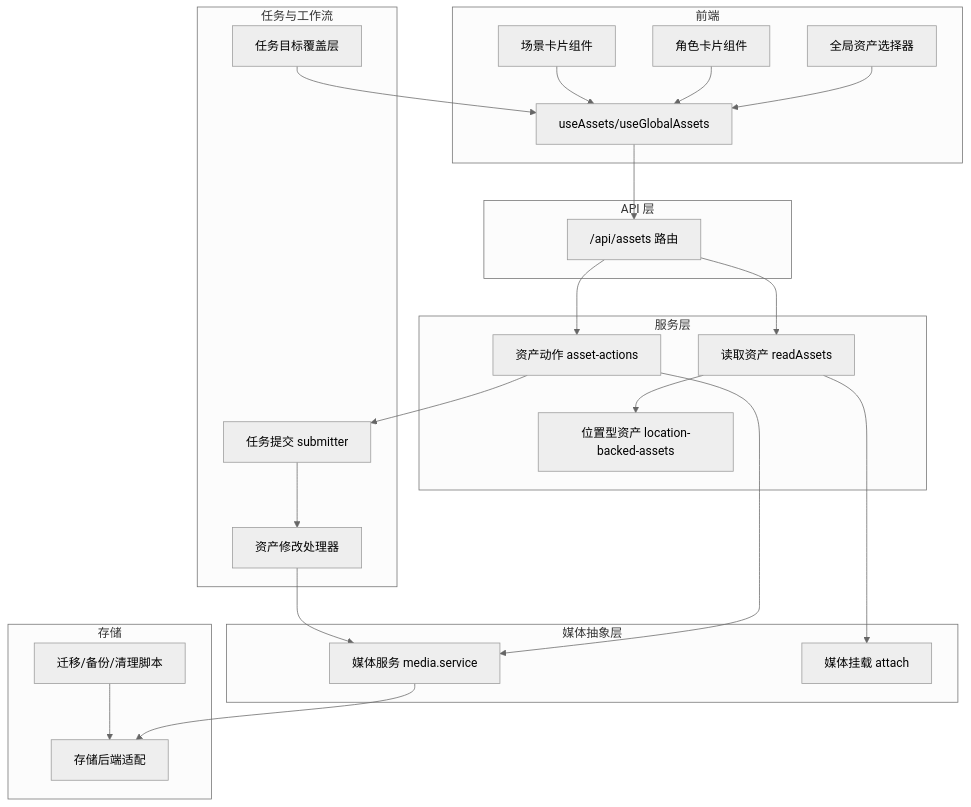
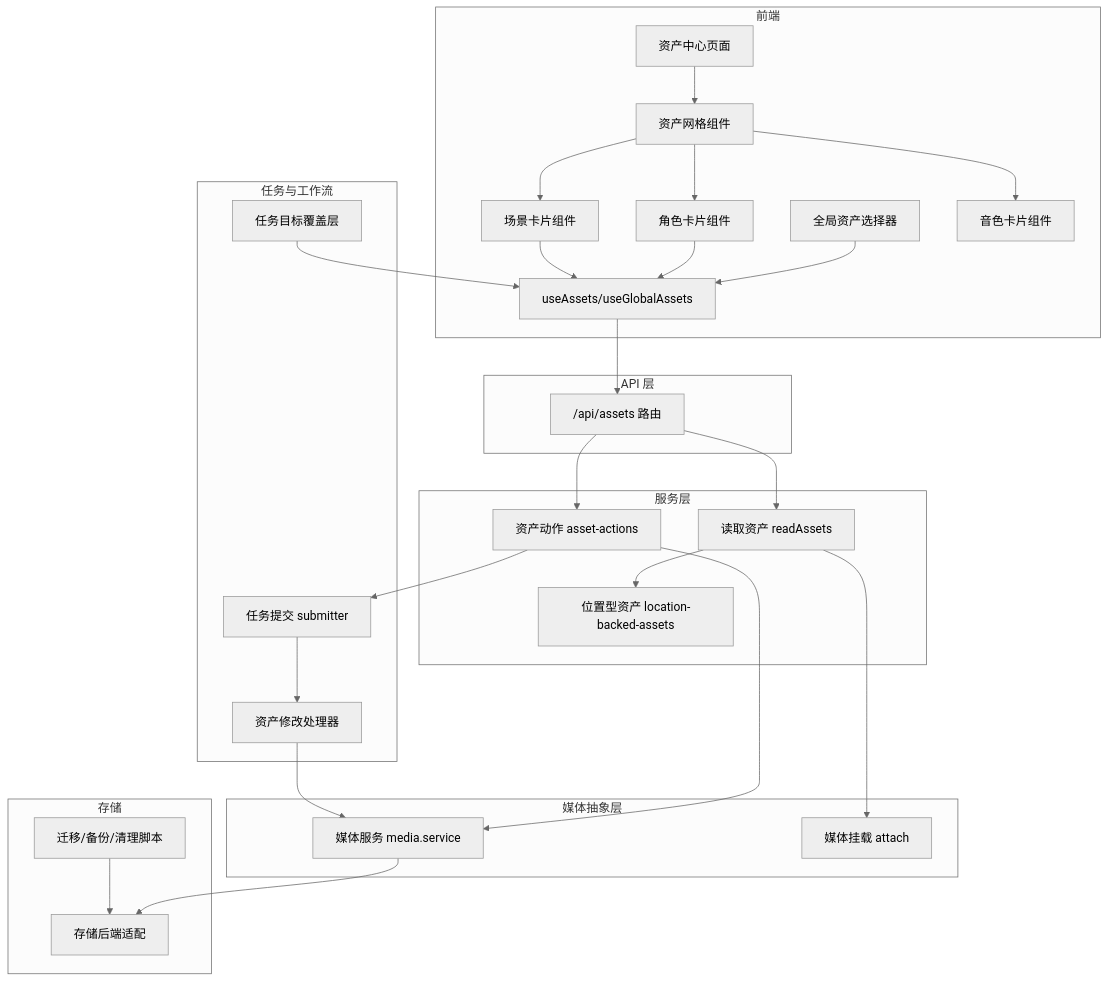
The first of 10 diagrams in .qoder/repowiki/zh/content/资产管理/资产管理.md (lyl2021/waoowaoo), drawn with Mermaid (neutral theme) before and after one commit. The commit also changed other lines of this file and 20 other files, not shown here.

````diff
--- a/.qoder/repowiki/zh/content/资产管理/资产管理.md
+++ b/.qoder/repowiki/zh/content/资产管理/资产管理.md
@@ -98,45 +108,52 @@
 ```mermaid
 graph TB
 subgraph "API 层"
 API["/api/assets 路由"]
 end
 subgraph "服务层"
 Read["读取资产 readAssets"]
 Actions["资产动作 asset-actions"]
 LocBacked["位置型资产 location-backed-assets"]
 end
 subgraph "媒体抽象层"
 MediaSvc["媒体服务 media.service"]
 Attach["媒体挂载 attach"]
 end
 subgraph "前端"
 Hooks["useAssets/useGlobalAssets"]
 Picker["全局资产选择器"]
+AssetHub["资产中心页面"]
+AssetGrid["资产网格组件"]
 CharacterCard["角色卡片组件"]
 LocationCard["场景卡片组件"]
+VoiceCard["音色卡片组件"]
 end
 subgraph "任务与工作流"
 TaskSubmit["任务提交 submitter"]
 WorkerModify["资产修改处理器"]
 TaskOverlay["任务目标覆盖层"]
 end
 subgraph "存储"
 Storage["存储后端适配"]
 Scripts["迁移/备份/清理脚本"]
 end
 API --> Read
 API --> Actions
 Read --> LocBacked
 Read --> Attach
 Actions --> TaskSubmit
 Actions --> MediaSvc
 Hooks --> API
 Picker --> Hooks
+AssetHub --> AssetGrid
+AssetGrid --> CharacterCard
+AssetGrid --> LocationCard
+AssetGrid --> VoiceCard
 CharacterCard --> Hooks
 LocationCard --> Hooks
 TaskSubmit --> WorkerModify
 WorkerModify --> MediaSvc
 TaskOverlay --> Hooks
 MediaSvc --> Storage
 Scripts --> Storage
 ```
````
